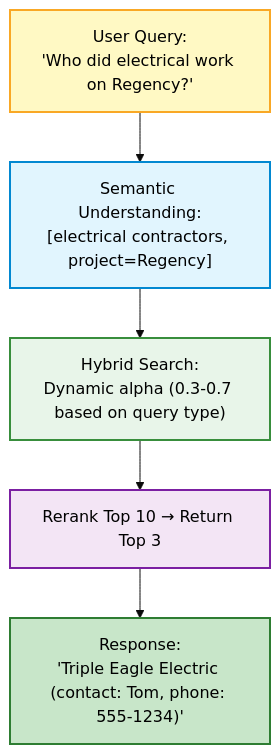
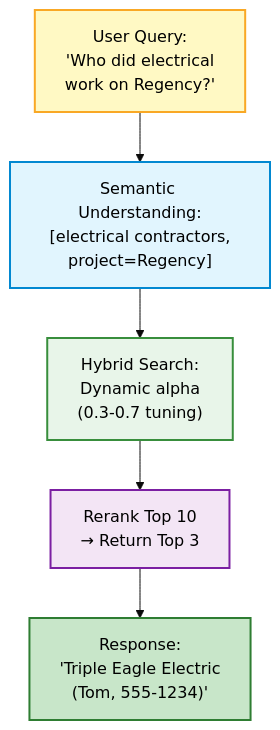
One commit to Ibraheem-Khalil/north changed the second of 2 diagrams in README.md. Above: the diagram before and after it, drawn with Mermaid (base theme).

Commit message:
Fix Mermaid diagram text wrapping for better readability

````diff
--- a/README.md
+++ b/README.md
@@ -104,16 +104,16 @@
 ```mermaid
 graph TD
-    A["User Query:<br/>'Who did electrical work on Regency?'"]
-    B["Semantic Understanding:<br/>[electrical contractors, project=Regency]"]
-    C["Hybrid Search:<br/>Dynamic alpha (0.3-0.7 based on query type)"]
-    D["Rerank Top 10 → Return Top 3"]
-    E["Response:<br/>'Triple Eagle Electric (contact: Tom, phone: 555-1234)'"]
+    A["User Query:<br/>'Who did electrical<br/>work on Regency?'"]
+    B["Semantic Understanding:<br/>[electrical contractors,<br/>project=Regency]"]
+    C["Hybrid Search:<br/>Dynamic alpha<br/>(0.3-0.7 tuning)"]
+    D["Rerank Top 10<br/>→ Return Top 3"]
+    E["Response:<br/>'Triple Eagle Electric<br/>(Tom, 555-1234)'"]
 
     A --> B --> C --> D --> E
 
     style A fill:#FFF9C4,stroke:#F9A825,stroke-width:2px,color:#000
     style B fill:#E1F5FE,stroke:#0288D1,stroke-width:2px,color:#000
     style C fill:#E8F5E9,stroke:#388E3C,stroke-width:2px,color:#000
     style D fill:#F3E5F5,stroke:#7B1FA2,stroke-width:2px,color:#000
     style E fill:#C8E6C9,stroke:#2E7D32,stroke-width:2px,color:#000
 ```
````
